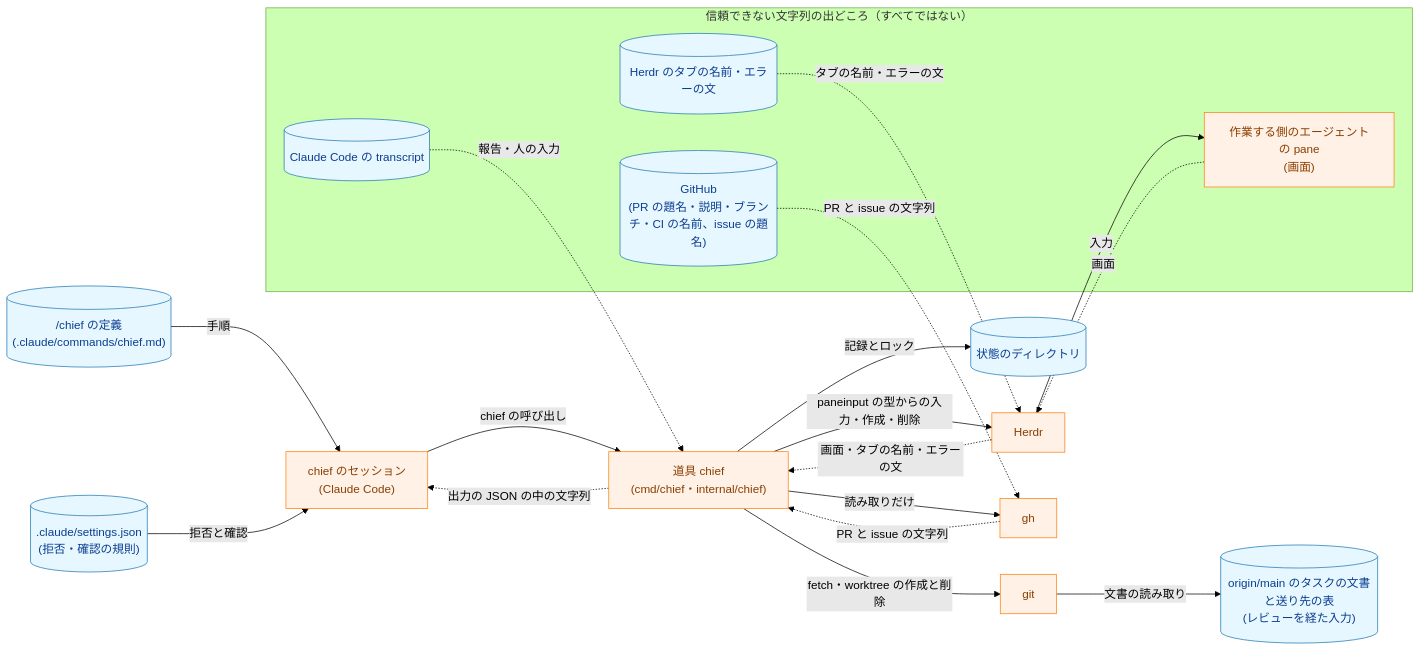
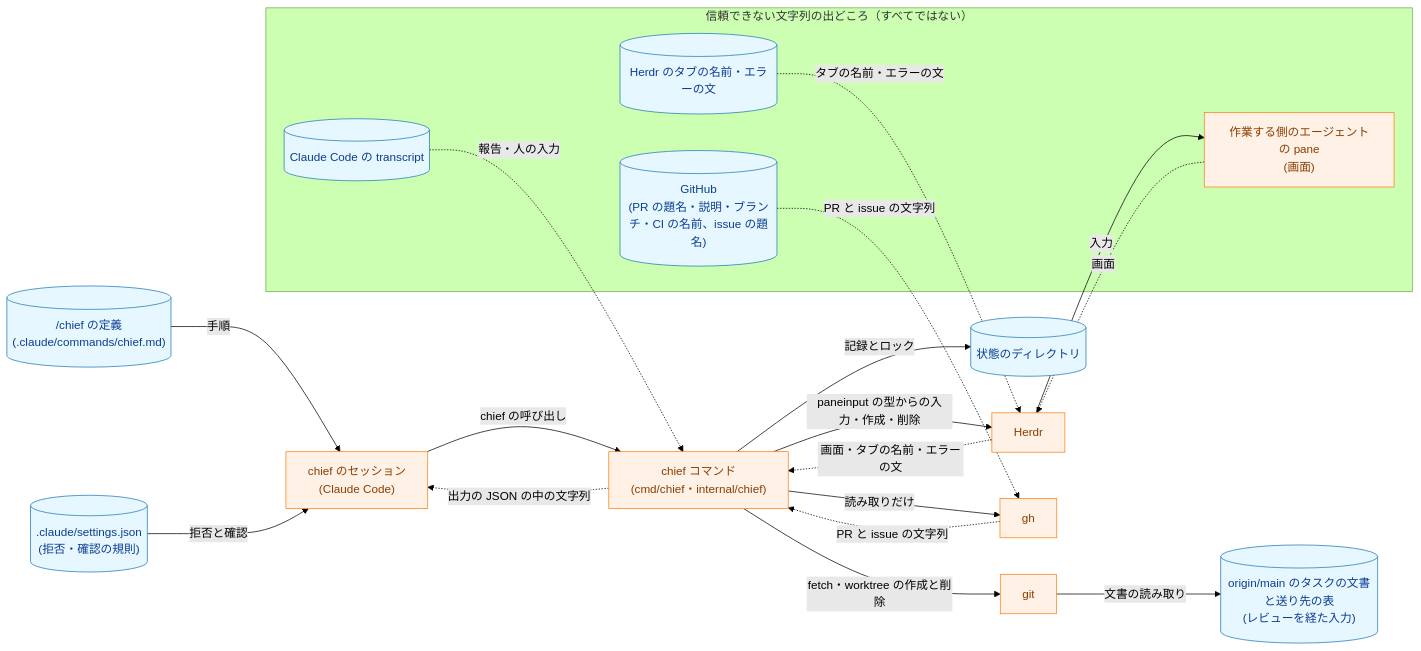
Before and after one commit to isseis/yt2column: the first of 3 diagrams in docs/dev/chief_architecture.md, drawn with Mermaid (forest theme). The commit also changed other lines of this file, not shown here.

Commit message:
docs(0117): replace ambiguous tool wording with chief command in chief_architecture.md

````diff
--- a/docs/dev/chief_architecture.md
+++ b/docs/dev/chief_architecture.md
@@ -31,43 +31,43 @@
 ```mermaid
 flowchart LR
     classDef data fill:#e6f7ff,stroke:#1f77b4,stroke-width:1px,color:#0b3d91;
     classDef process fill:#fff1e6,stroke:#ff7f0e,stroke-width:1px,color:#8a3e00;
 
     DEF[("/chief の定義<br>(.claude/commands/chief.md)")]
     SETTINGS[(".claude/settings.json<br>(拒否・確認の規則)")]
     SESSION["chief のセッション<br>(Claude Code)"]
-    TOOL["道具 chief<br>(cmd/chief・internal/chief)"]
+    TOOL["chief コマンド<br>(cmd/chief・internal/chief)"]
     STATE[("状態のディレクトリ")]
     MAINDOCS[("origin/main のタスクの文書と送り先の表<br>(レビューを経た入力)")]
     HERDR["Herdr"]
     GIT["git"]
     GH["gh"]
 
     subgraph Untrusted["信頼できない文字列の出どころ（すべてではない）"]
         PANES["作業する側のエージェントの pane<br>(画面)"]
         HERDRTEXT[("Herdr のタブの名前・エラーの文")]
         TRANSCRIPT[("Claude Code の transcript")]
         GITHUB[("GitHub<br>(PR の題名・説明・ブランチ・CI の名前、issue の題名)")]
     end
 
     DEF -->|"手順"| SESSION
     SETTINGS -->|"拒否と確認"| SESSION
     SESSION -->|"chief の呼び出し"| TOOL
     TOOL -->|"記録とロック"| STATE
     TOOL -->|"paneinput の型からの入力・作成・削除"| HERDR
     HERDR -->|"入力"| PANES
     TOOL -->|"fetch・worktree の作成と削除"| GIT
     GIT -->|"文書の読み取り"| MAINDOCS
     TOOL -->|"読み取りだけ"| GH
 
     PANES -.->|"画面"| HERDR
     HERDRTEXT -.->|"タブの名前・エラーの文"| HERDR
     HERDR -.->|"画面・タブの名前・エラーの文"| TOOL
     TRANSCRIPT -.->|"報告・人の入力"| TOOL
     GITHUB -.->|"PR と issue の文字列"| GH
     GH -.->|"PR と issue の文字列"| TOOL
     TOOL -.->|"出力の JSON の中の文字列"| SESSION
 
     class DEF,SETTINGS,STATE,MAINDOCS,HERDRTEXT,TRANSCRIPT,GITHUB data
     class SESSION,TOOL,HERDR,GIT,GH,PANES process
 ```
````
